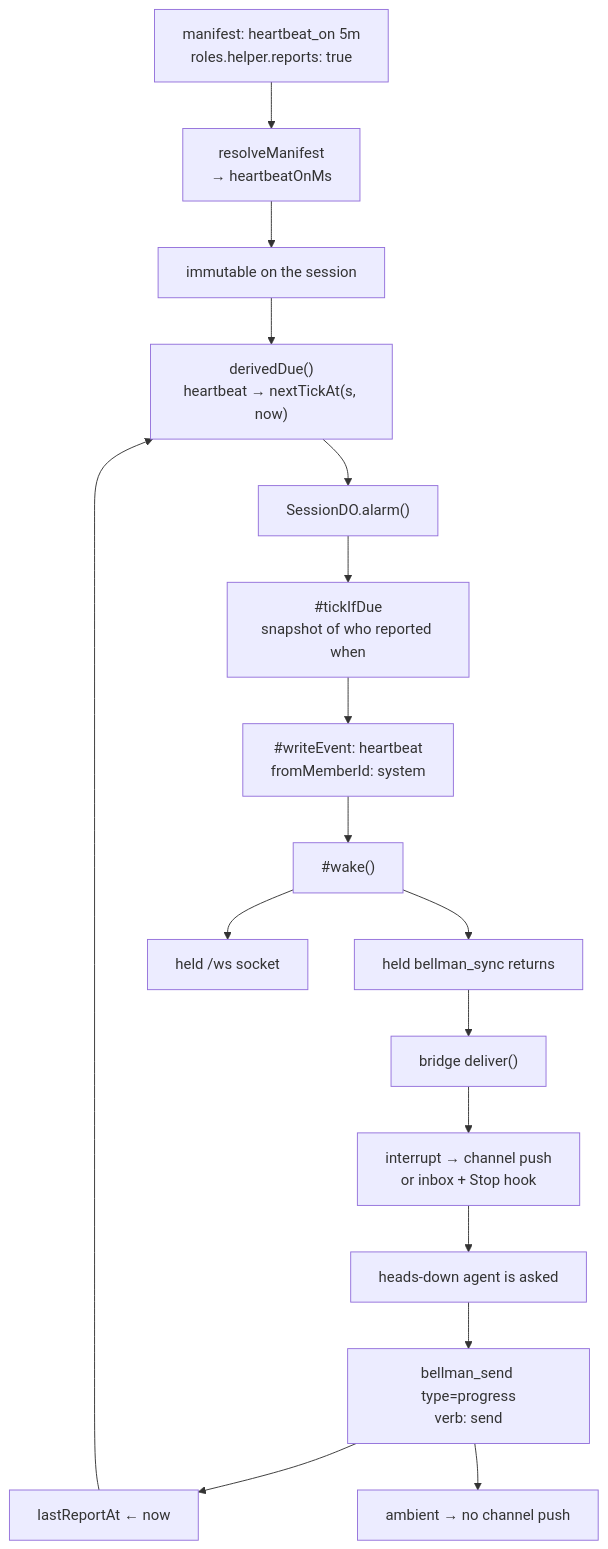
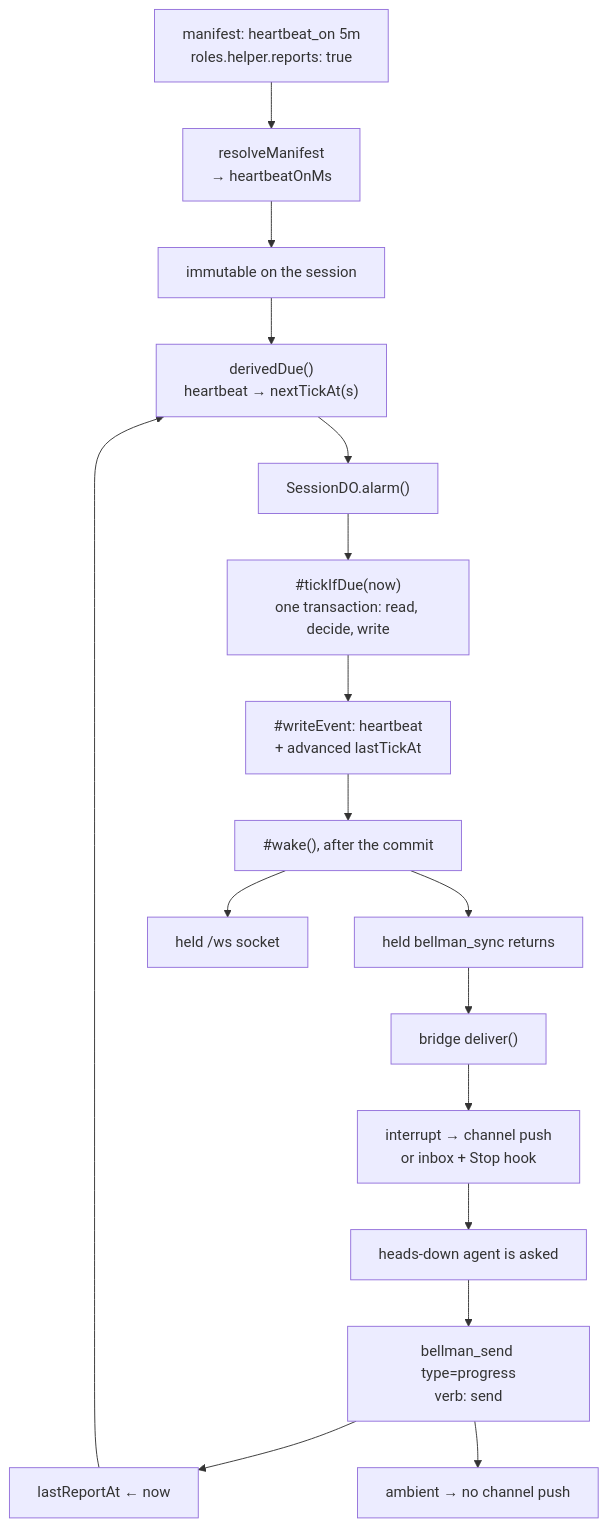
One commit to bellman-sh/bellman changed the diagram in docs/superpowers/specs/2026-10-02-heartbeat-events-design.md. Above: the diagram before and after it, drawn with Mermaid. The commit also changed other lines of this file, not shown here.

````diff
--- a/docs/superpowers/specs/2026-10-02-heartbeat-events-design.md
+++ b/docs/superpowers/specs/2026-10-02-heartbeat-events-design.md
@@ -357,22 +434,22 @@
 ```mermaid
 flowchart TB
     AUTHOR["manifest: heartbeat_on 5m<br/>roles.helper.reports: true"] --> RESOLVE["resolveManifest<br/>→ heartbeatOnMs"]
     RESOLVE --> SESSION["immutable on the session"]
 
-    SESSION --> DD["derivedDue()<br/>heartbeat → nextTickAt(s, now)"]
+    SESSION --> DD["derivedDue()<br/>heartbeat → nextTickAt(s)"]
     DD --> ALARM["SessionDO.alarm()"]
-    ALARM --> TICK["#tickIfDue<br/>snapshot of who reported when"]
-    TICK --> WRITE["#writeEvent: heartbeat<br/>fromMemberId: system"]
-    WRITE --> WAKE["#wake()"]
+    ALARM --> TICK["#tickIfDue(now)<br/>one transaction: read, decide, write"]
+    TICK --> WRITE["#writeEvent: heartbeat<br/>+ advanced lastTickAt"]
+    WRITE --> WAKE["#wake(), after the commit"]
 
     WAKE --> POLL["held bellman_sync returns"]
     WAKE --> WS["held /ws socket"]
     POLL --> BRIDGE["bridge deliver()"]
     BRIDGE --> PUSH["interrupt → channel push<br/>or inbox + Stop hook"]
     PUSH --> AGENT["heads-down agent is asked"]
 
     AGENT --> REPLY["bellman_send type=progress<br/>verb: send"]
     REPLY --> LAST["lastReportAt ← now"]
     LAST --> DD
     REPLY --> AMB["ambient → no channel push"]
 ```
````
